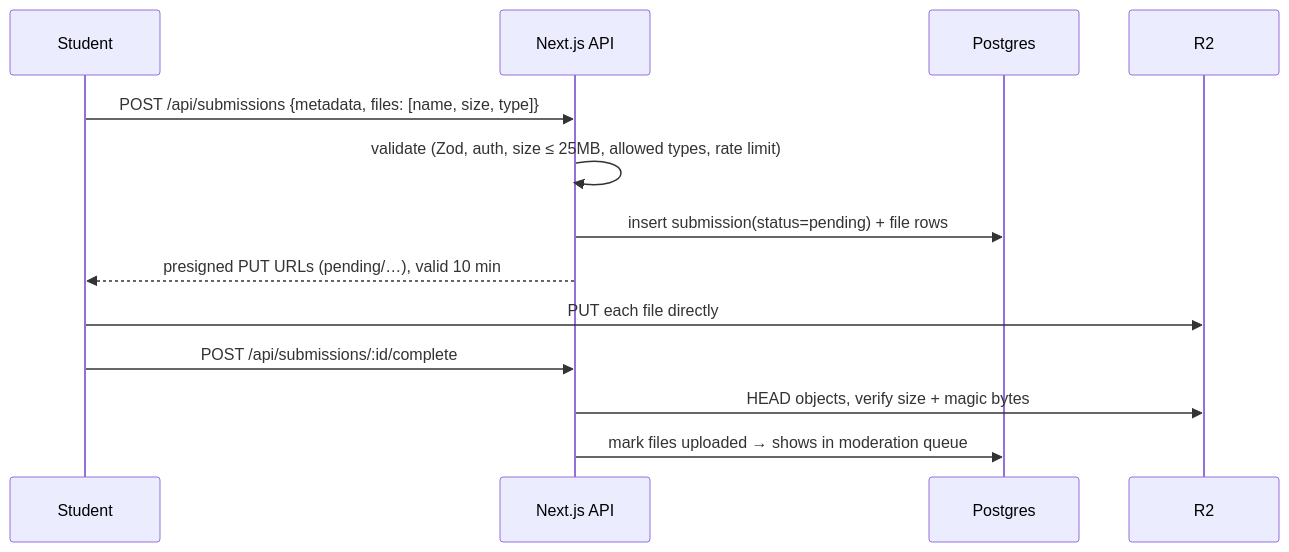
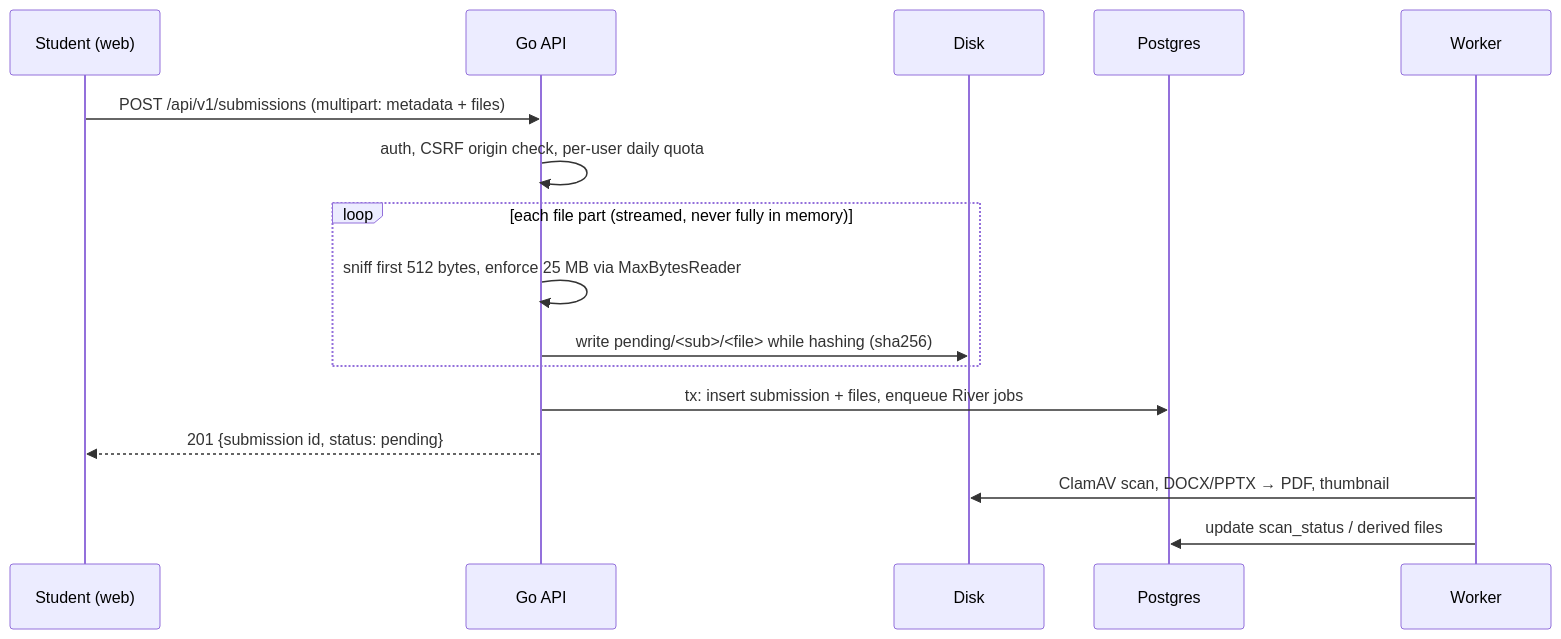
One commit to Nurasick/NUPP changed the third of 3 diagrams in docs/SYSTEM_DESIGN.md. Above: the diagram before and after it, drawn with Mermaid. The commit also changed other lines of this file and 1 other file, not shown here.

````diff
--- a/docs/SYSTEM_DESIGN.md
+++ b/docs/SYSTEM_DESIGN.md
@@ -190,15 +197,18 @@
 ```mermaid
 sequenceDiagram
-    participant S as Student
-    participant A as Next.js API
-    participant D as Postgres
-    participant R as R2
-    S->>A: POST /api/submissions {metadata, files: [name, size, type]}
-    A->>A: validate (Zod, auth, size ≤ 25MB, allowed types, rate limit)
-    A->>D: insert submission(status=pending) + file rows
-    A-->>S: presigned PUT URLs (pending/…), valid 10 min
-    S->>R: PUT each file directly
-    S->>A: POST /api/submissions/:id/complete
-    A->>R: HEAD objects, verify size + magic bytes
-    A->>D: mark files uploaded → shows in moderation queue
+    participant S as Student (web)
+    participant A as Go API
+    participant D as Disk
+    participant P as Postgres
+    participant K as Worker
+    S->>A: POST /api/v1/submissions (multipart: metadata + files)
+    A->>A: auth, CSRF origin check, per-user daily quota
+    loop each file part (streamed, never fully in memory)
+        A->>A: sniff first 512 bytes, enforce 25 MB via MaxBytesReader
+        A->>D: write pending/<sub>/<file> while hashing (sha256)
+    end
+    A->>P: tx: insert submission + files, enqueue River jobs
+    A-->>S: 201 {submission id, status: pending}
+    K->>D: ClamAV scan, DOCX/PPTX → PDF, thumbnail
+    K->>P: update scan_status / derived files
 ```
````
